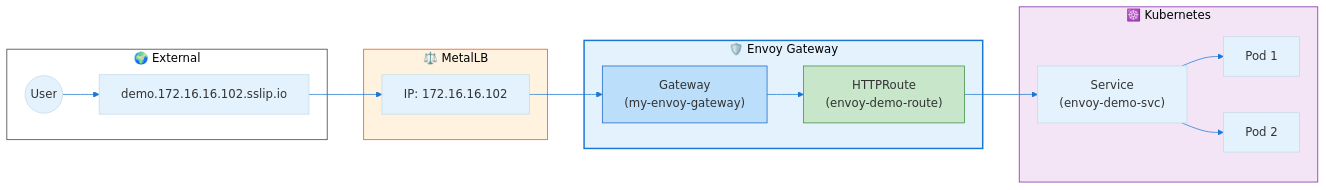
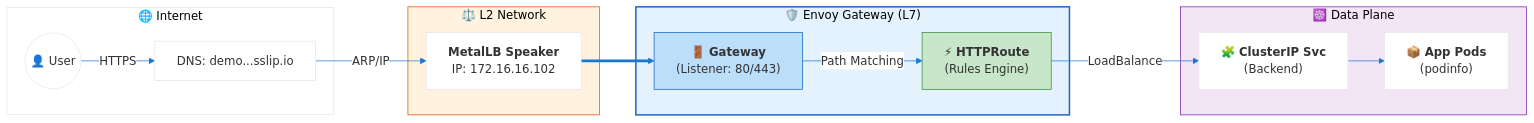
Before and after one commit to engabelal/kubernetes-ha-talos: the diagram in 08-gateway-envoy/README.md, drawn with Mermaid. The commit also changed other lines of this file and 1 other file, not shown here.

Commit message:
docs: ultra-premium architecture diagrams and final documentation polish

````diff
--- a/08-gateway-envoy/README.md
+++ b/08-gateway-envoy/README.md
@@ -22,35 +22,38 @@
 ```mermaid
-%%{init: {'theme': 'base', 'themeVariables': { 'primaryColor': '#e3f2fd', 'lineColor': '#1976d2'}}}%%
+%%{init: {'theme': 'base', 'themeVariables': { 'primaryColor': '#ffffff', 'lineColor': '#1976d2', 'fontFamily': 'Inter, sans-serif'}}}%%
 
 graph LR
-    subgraph EXTERNAL ["🌍 External"]
-        user(("User"))
-        dns["demo.172.16.16.102.sslip.io"]
+    subgraph EXTERNAL ["🌐 Internet"]
+        user(("👤 User"))
+        dns["DNS: demo...sslip.io"]
     end
 
-    subgraph METALLB ["⚖️ MetalLB"]
-        lb["IP: 172.16.16.102"]
+    subgraph NETWORK ["⚖️ L2 Network"]
+        lb["<b>MetalLB Speaker</b><br/>IP: 172.16.16.102"]
     end
 
-    subgraph ENVOY ["🛡️ Envoy Gateway"]
-        gateway["Gateway<br/>(my-envoy-gateway)"]
-        route["HTTPRoute<br/>(envoy-demo-route)"]
+    subgraph ENVOY ["🛡️ Envoy Gateway (L7)"]
+        gateway["🚪 <b>Gateway</b><br/>(Listener: 80/443)"]
+        route["⚡ <b>HTTPRoute</b><br/>(Rules Engine)"]
     end
 
-    subgraph K8S ["☸️ Kubernetes"]
-        svc["Service<br/>(envoy-demo-svc)"]
-        pod1["Pod 1"]
-        pod2["Pod 2"]
+    subgraph APPS ["☸️ Data Plane"]
+        svc["🧩 <b>ClusterIP Svc</b><br/>(Backend)"]
+        pod["📦 <b>App Pods</b><br/>(podinfo)"]
     end
 
-    user --> dns --> lb --> gateway --> route --> svc
-    svc --> pod1
-    svc --> pod2
+    %% Flow
+    user -- "HTTPS" --> dns
+    dns -- "ARP/IP" --> lb
+    lb ==> gateway
+    gateway -- "Path Matching" --> route
+    route -- "LoadBalance" --> svc
+    svc --> pod
 
-    style EXTERNAL fill:#fff,stroke:#333
-    style METALLB fill:#fff3e0,stroke:#e65100
-    style ENVOY fill:#e3f2fd,stroke:#1976d2,stroke-width:2px
-    style K8S fill:#f3e5f5,stroke:#7b1fa2
+    %% Styling
+    style ENVOY fill:#e3f2fd,stroke:#1565c0,stroke-width:2px
+    style NETWORK fill:#fff3e0,stroke:#e65100
+    style APPS fill:#f3e5f5,stroke:#7b1fa2
     style gateway fill:#bbdefb,stroke:#1565c0
     style route fill:#c8e6c9,stroke:#388e3c
 ```
````
